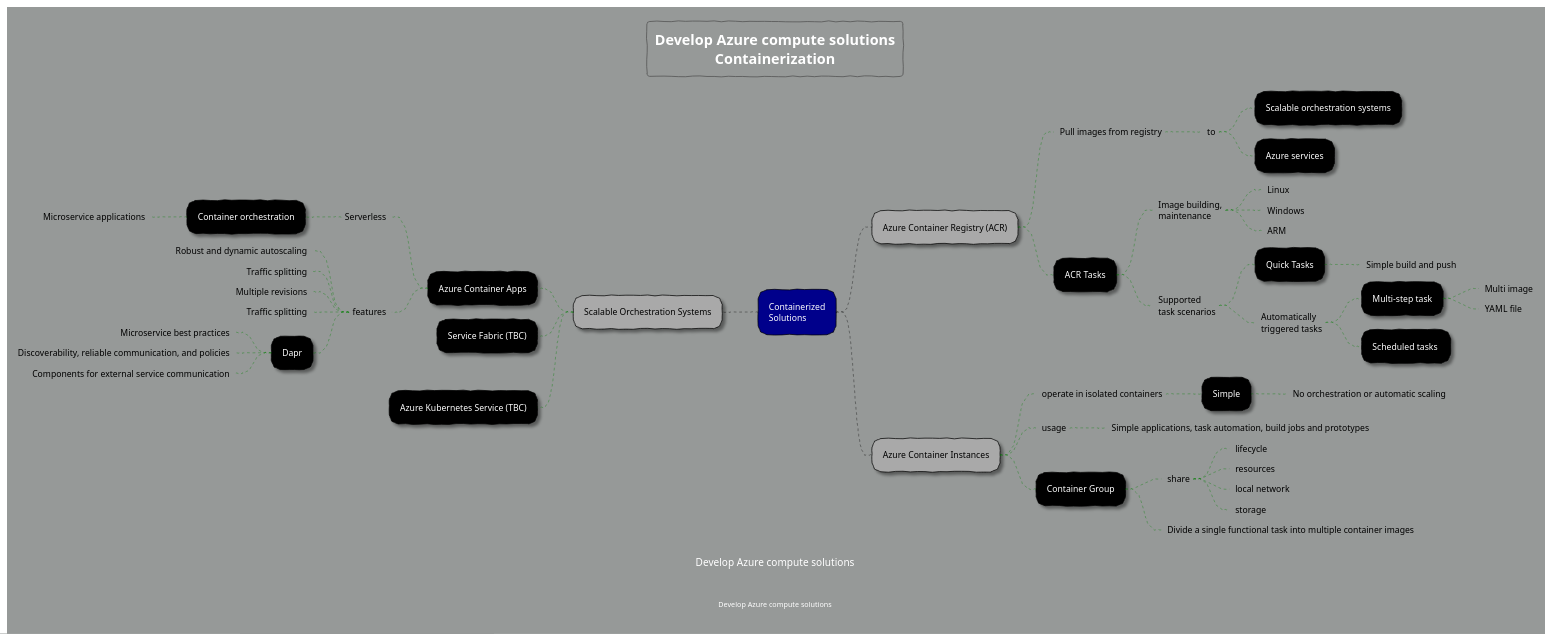
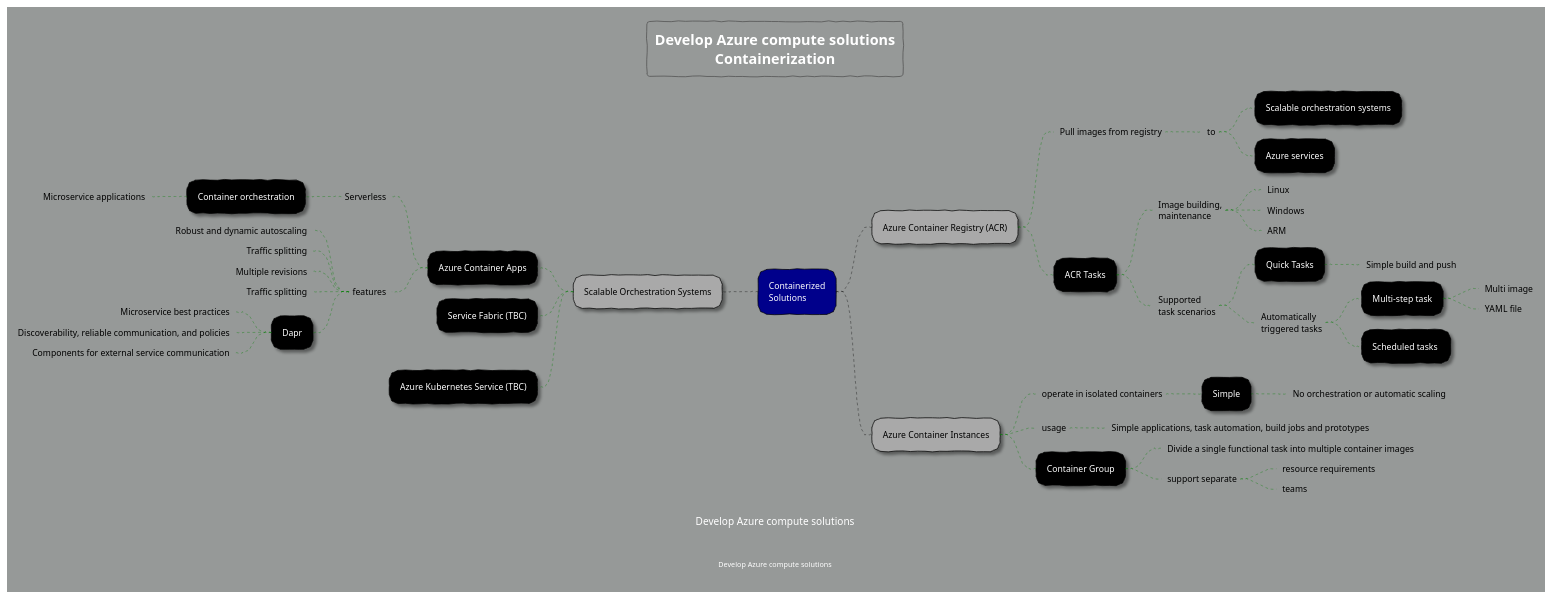
Before and after one commit to rob-bl8ke/Az204-Overviews: the diagram in Notes/Diagrams/compute-solutions-containerized.plantuml, drawn with PlantUML. The commit also changed 3 other files, not shown here.

```diff
--- a/Notes/Diagrams/compute-solutions-containerized.plantuml
+++ b/Notes/Diagrams/compute-solutions-containerized.plantuml
@@ -1,107 +1,105 @@
-@startmindmap "AZ-400 - Explore Azure Pipelines"
+@startmindmap "Containerization"
 
 ' https://plantuml.com/theme
 !theme sketchy
 skinparam backgroundColor #969998
 
 title Develop Azure compute solutions\nContainerization
 caption Develop Azure compute solutions
 center footer Develop Azure compute solutions
 
 <style>
     mindMapDiagram {
         .root {
             BackgroundColor darkblue
             LineColor black
             FontColor white
         }
 
         node {
             FontColor white
             LineColor black
             BackgroundColor black
             Shadowing 2.0
             RoundCorner 25
         }
         :depth(0) {
             FontColor black
             LineColor white
             BackgroundColor white
             Shadowing 0.0
         }
         :depth(1) {
             FontColor black
             BackgroundColor darkgrey
             Shadowing 2.0
         }
 
         arrow {
             LineStyle 4
             LineThickness 0.5
             LineColor green
         }
 
         boxless {
             FontColor black
             Margin 10
             Padding 10
             MaximumWidth 400
         }
     }
 </style>
 
 
 + Containerized\nSolutions <<root>>
 ++ Azure Container Registry (ACR)
 +++_ Pull images from registry
 ++++_ to
 +++++ Scalable orchestration systems
 +++++ Azure services
 +++ ACR Tasks
 ++++_ Image building,\nmaintenance
 +++++_ Linux
 +++++_ Windows
 +++++_ ARM
 ++++_ Supported\ntask scenarios
 +++++ Quick Tasks
 ++++++_ Simple build and push
 +++++_ Automatically\ntriggered tasks
 ++++++ Multi-step task
 +++++++_ Multi image
 +++++++_ YAML file
 ++++++ Scheduled tasks 
 
 ++ Azure Container Instances
 +++_ operate in isolated containers
 ++++ Simple
 +++++_ No orchestration or automatic scaling
 +++_ usage
 ++++_ Simple applications, task automation, build jobs and prototypes
 +++ Container Group
-++++_ share
-+++++_ lifecycle
-+++++_ resources
-+++++_ local network
-+++++_ storage
 ++++_ Divide a single functional task into multiple container images
+++++_ support separate
++++++_ resource requirements
++++++_ teams
 
 -- Scalable Orchestration Systems
 
 --- Azure Container Apps
 ----_ Serverless 
 ----- Container orchestration
 ------_ Microservice applications
 ----_ features
 -----_ Robust and dynamic autoscaling
 -----_ Traffic splitting
 -----_ Multiple revisions
 -----_ Traffic splitting
 ----- Dapr
 ------_ Microservice best practices
 ------_ Discoverability, reliable communication, and policies
 ------_ Components for external service communication
 
 --- Service Fabric (TBC)
 --- Azure Kubernetes Service (TBC)
 
 @endmindmap
```
